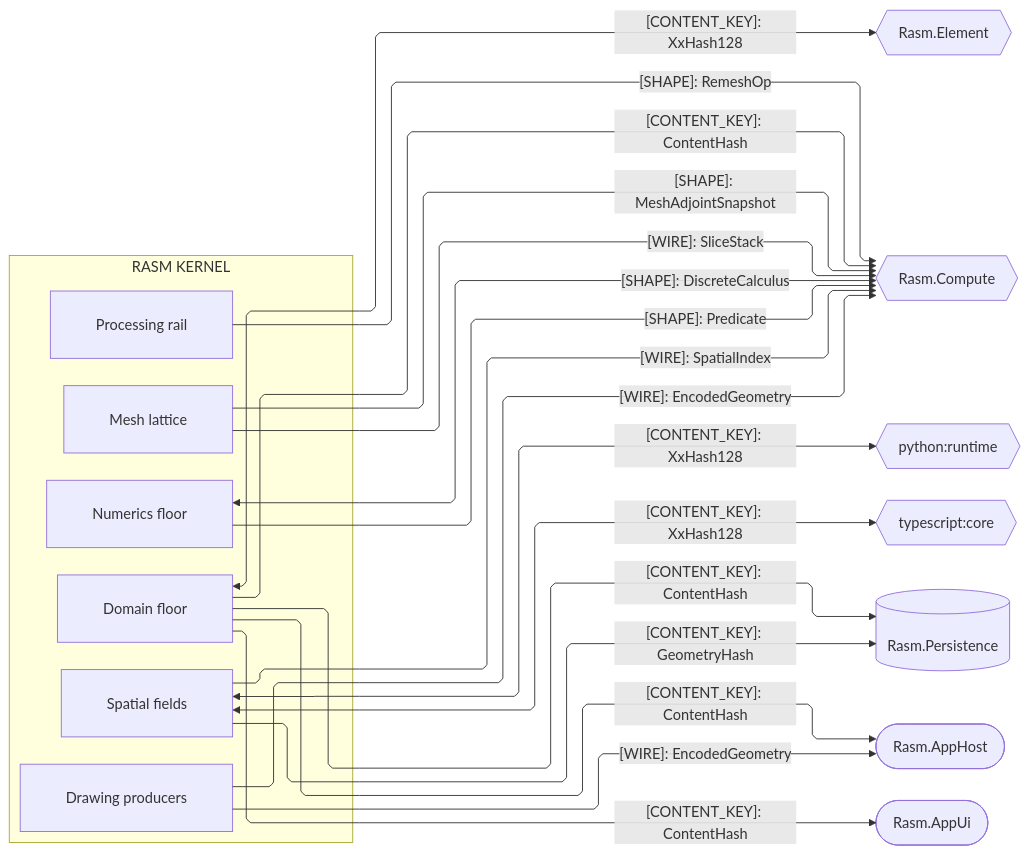
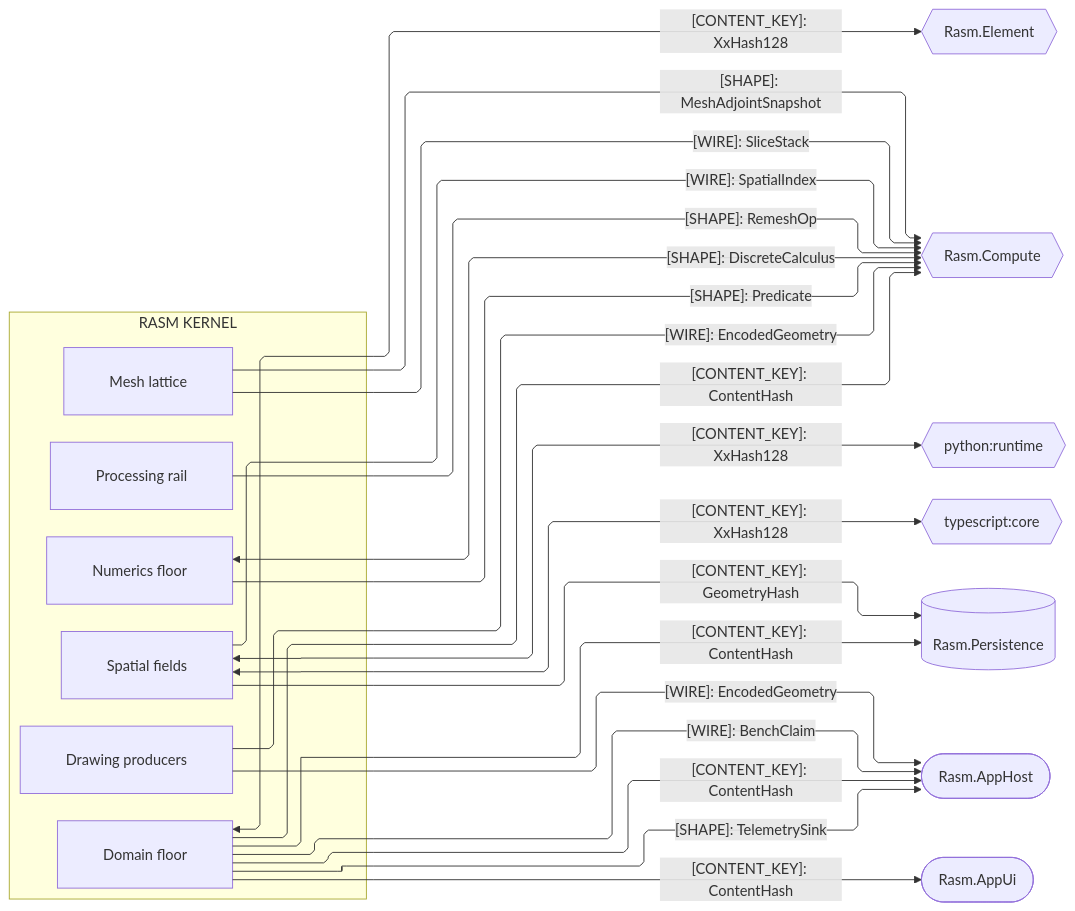
The second of 4 diagrams in libs/csharp/Rasm/ARCHITECTURE.md (bsamiee/Rasm), drawn with Mermaid before and after one commit. The commit also changed other lines of this file and 195 other files, not shown here.

````diff
--- a/libs/csharp/Rasm/ARCHITECTURE.md
+++ b/libs/csharp/Rasm/ARCHITECTURE.md
@@ -139,43 +140,45 @@
 ```mermaid
 ---
 config:
   layout: elk
   flowchart:
     curve: linear
     padding: 25
 ---
 flowchart LR
     accTitle: Kernel content-key and compute-plane seams
     accDescr: Kernel sub-domain owners federating content keys and exchanging compute wires with the element, persistence, compute, app-host, app-shell, and the Python and TypeScript peers, one edge per contract family labeled by kind.
     subgraph rasm[RASM KERNEL]
         Domain[Domain floor]
         Numerics[Numerics floor]
         Spatial[Spatial fields]
         Meshing[Mesh lattice]
         Processing[Processing rail]
         Drawing[Drawing producers]
     end
     Element{{Rasm.Element}}
     Compute{{Rasm.Compute}}
     Runtime{{python:runtime}}
     Core{{typescript:core}}
     Persistence[(Rasm.Persistence)]
     AppHost([Rasm.AppHost])
     AppUi([Rasm.AppUi])
     Domain e1@<-->|"[CONTENT_KEY]: XxHash128"| Element
     Domain e2@-->|"[CONTENT_KEY]: ContentHash"| Persistence
     Domain e3@-->|"[CONTENT_KEY]: ContentHash"| Compute
     Domain e4@-->|"[CONTENT_KEY]: ContentHash"| AppHost
     Domain e5@-->|"[CONTENT_KEY]: ContentHash"| AppUi
     Spatial e6@-->|"[CONTENT_KEY]: GeometryHash"| Persistence
     Spatial e7@<-->|"[CONTENT_KEY]: XxHash128"| Runtime
     Spatial e8@<-->|"[CONTENT_KEY]: XxHash128"| Core
     Numerics e9@<-->|"[SHAPE]: DiscreteCalculus"| Compute
     Numerics e16@-->|"[SHAPE]: Predicate"| Compute
     Meshing e10@-->|"[SHAPE]: MeshAdjointSnapshot"| Compute
     Meshing e11@-->|"[WIRE]: SliceStack"| Compute
     Spatial e12@-->|"[WIRE]: SpatialIndex"| Compute
     Processing e13@-->|"[SHAPE]: RemeshOp"| Compute
     Drawing e14@-->|"[WIRE]: EncodedGeometry"| Compute
     Drawing e15@-->|"[WIRE]: EncodedGeometry"| AppHost
+    Domain e17@-->|"[SHAPE]: TelemetrySink"| AppHost
+    Domain e18@-->|"[WIRE]: BenchClaim"| AppHost
 ```
````
